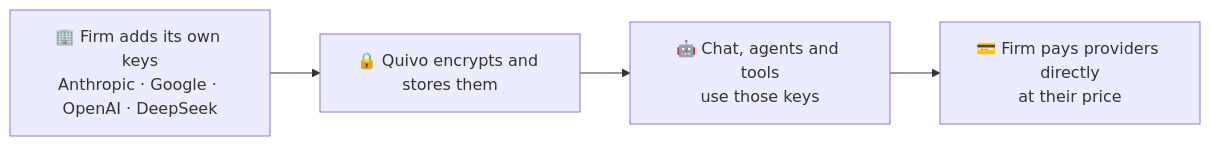
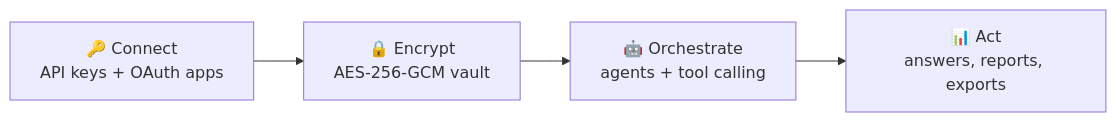
Before and after one commit to sowaxer/quivo-app: the first of 5 diagrams in README.md, drawn with Mermaid. The commit also changed other lines of this file, not shown here.

````diff
--- a/README.md
+++ b/README.md
@@ -38,6 +38,6 @@
 ```mermaid
 flowchart LR
-    A["🏢 Firm adds its own keys<br/>Anthropic · Google · OpenAI · DeepSeek"] --> B["🔒 Quivo encrypts and stores them"]
-    B --> C["🤖 Chat, agents and tools<br/>use those keys"]
-    C --> D["💳 Firm pays providers directly<br/>at their price"]
+    A["🔑 Connect<br/>API keys + OAuth apps"] --> B["🔒 Encrypt<br/>AES-256-GCM vault"]
+    B --> C["🤖 Orchestrate<br/>agents + tool calling"]
+    C --> D["📊 Act<br/>answers, reports, exports"]
 ```
````
